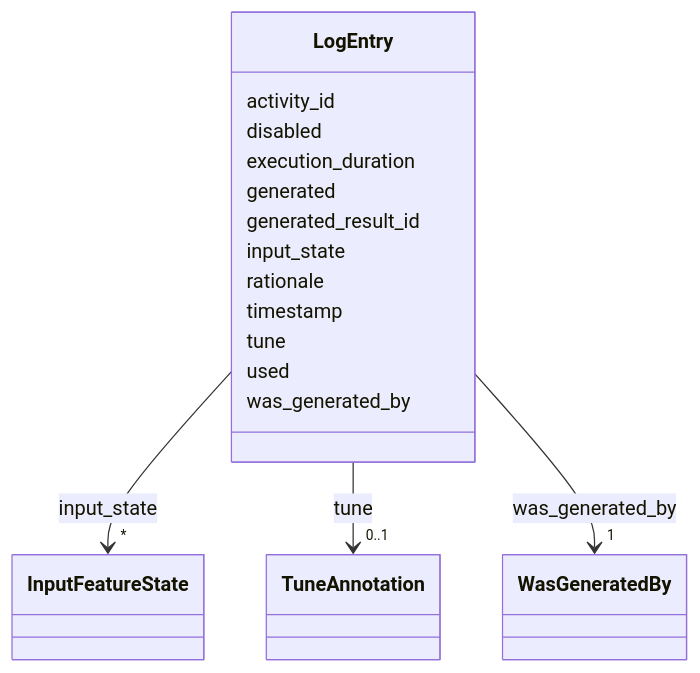
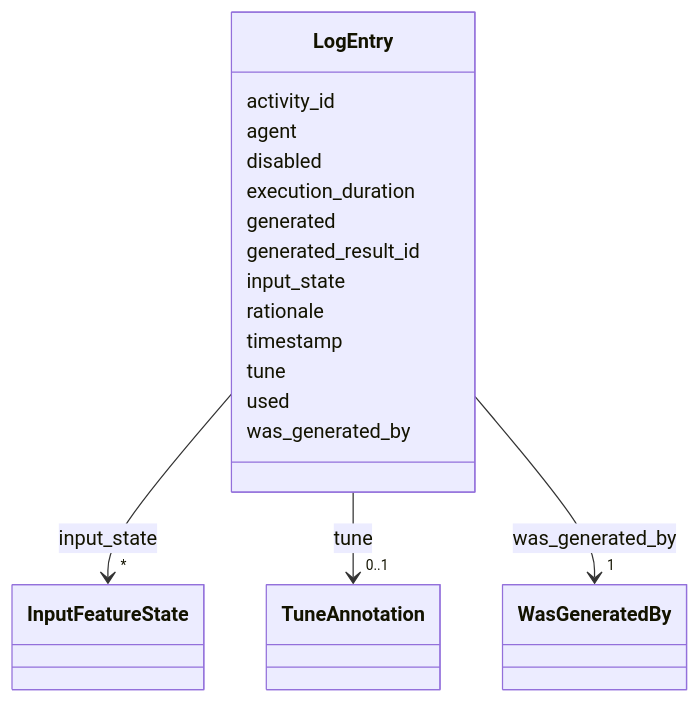
Before and after one commit to debrief/debrief-future: the diagram in schema-docs-md/classes/LogEntry.md, drawn with Mermaid. The commit also changed other lines of this file and 120 other files, not shown here.

````diff
--- a/schema-docs-md/classes/LogEntry.md
+++ b/schema-docs-md/classes/LogEntry.md
@@ -19,55 +19,57 @@
 ```mermaid
  classDiagram
     class LogEntry
     click LogEntry href "../../classes/LogEntry/"
       LogEntry : activity_id
+        
+      LogEntry : agent
         
       LogEntry : disabled
         
       LogEntry : execution_duration
         
       LogEntry : generated
         
       LogEntry : generated_result_id
         
       LogEntry : input_state
         
           
     
         
         
         LogEntry --> "*" InputFeatureState : input_state
         click InputFeatureState href "../../classes/InputFeatureState/"
     
 
         
       LogEntry : rationale
         
       LogEntry : timestamp
         
       LogEntry : tune
         
           
     
         
         
         LogEntry --> "0..1" TuneAnnotation : tune
         click TuneAnnotation href "../../classes/TuneAnnotation/"
     
 
         
       LogEntry : used
         
       LogEntry : was_generated_by
         
           
     
         
         
         LogEntry --> "1" WasGeneratedBy : was_generated_by
         click WasGeneratedBy href "../../classes/WasGeneratedBy/"
     
 
         
       
 ```
````
